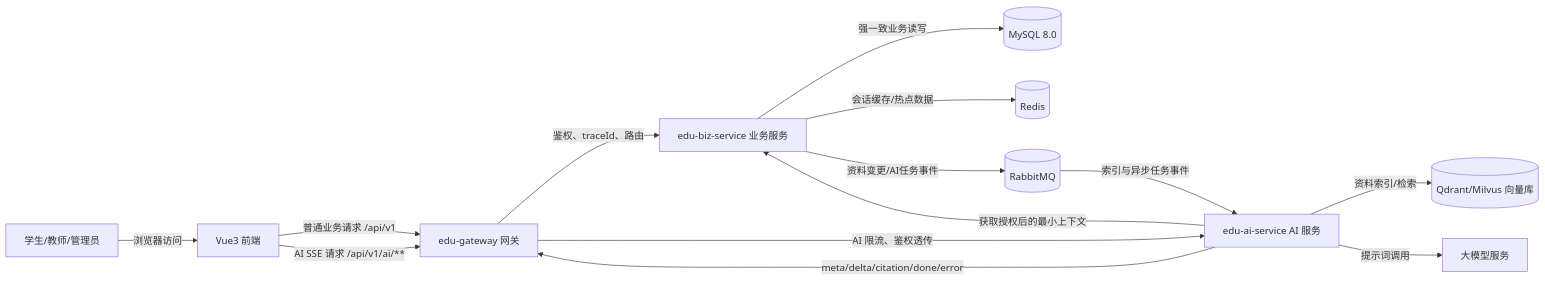
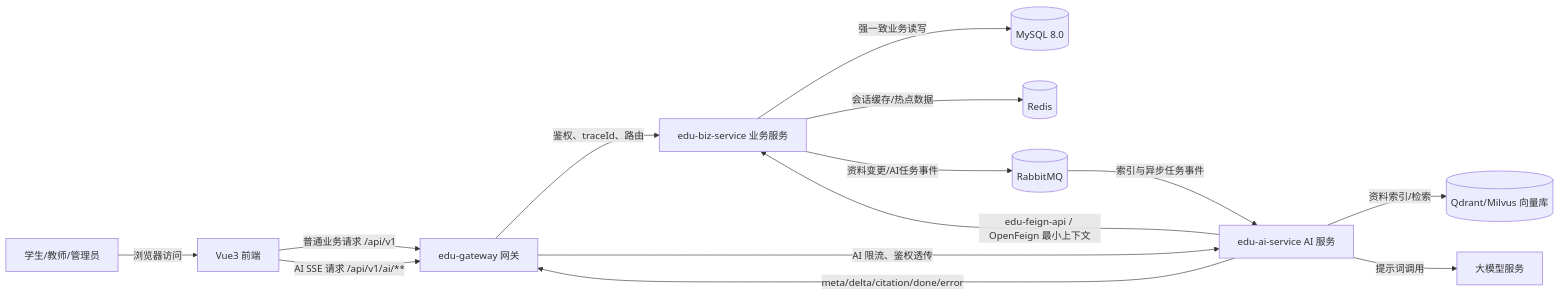
One commit to tf-3766/smart_education changed the first of 6 diagrams in 在线教育辅助教学系统_项目设计文档_第一组.md. Above: the diagram before and after it, drawn with Mermaid. The commit also changed other lines of this file and 66 other files, not shown here.

````diff
--- a/在线教育辅助教学系统_项目设计文档_第一组.md
+++ b/在线教育辅助教学系统_项目设计文档_第一组.md
@@ -80,16 +81,16 @@
 ```mermaid
 flowchart LR
     U[学生/教师/管理员] -- "浏览器访问" --> FE[Vue3 前端]
     FE -- "普通业务请求 /api/v1" --> GW[edu-gateway 网关]
     FE -- "AI SSE 请求 /api/v1/ai/**" --> GW
     GW -- "鉴权、traceId、路由" --> BIZ[edu-biz-service 业务服务]
     GW -- "AI 限流、鉴权透传" --> AI[edu-ai-service AI 服务]
     BIZ -- "强一致业务读写" --> DB[(MySQL 8.0)]
     BIZ -- "会话缓存/热点数据" --> Redis[(Redis)]
     BIZ -- "资料变更/AI任务事件" --> MQ[(RabbitMQ)]
-    AI -- "获取授权后的最小上下文" --> BIZ
+    AI -- "edu-feign-api / OpenFeign 最小上下文" --> BIZ
     AI -- "资料索引/检索" --> VDB[(Qdrant/Milvus 向量库)]
     AI -- "提示词调用" --> LLM[大模型服务]
     MQ -- "索引与异步任务事件" --> AI
     AI -- "meta/delta/citation/done/error" --> GW
 ```
````
